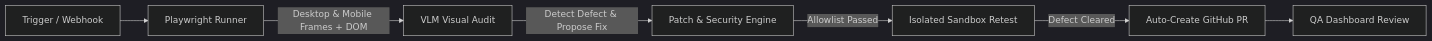
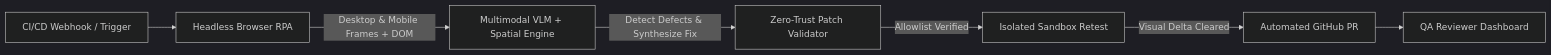
One commit to Kailash-18/OmniSight changed the diagram in README.md. Above: the diagram before and after it, drawn with Mermaid (dark theme). The commit also changed other lines of this file and 15 other files, not shown here.

Commit message:
docs: streamline project documentation for professional solo architecture

````diff
--- a/README.md
+++ b/README.md
@@ -31,9 +29,9 @@
 ```mermaid
 flowchart LR
-    A[Trigger / Webhook] --> B[Playwright Runner]
-    B -->|Desktop & Mobile Frames + DOM| C[VLM Visual Audit]
-    C -->|Detect Defect & Propose Fix| D[Patch & Security Engine]
-    D -->|Allowlist Passed| E[Isolated Sandbox Retest]
-    E -->|Defect Cleared| F[Auto-Create GitHub PR]
-    F --> G[QA Dashboard Review]
+    A[CI/CD Webhook / Trigger] --> B[Headless Browser RPA]
+    B -->|Desktop & Mobile Frames + DOM| C[Multimodal VLM + Spatial Engine]
+    C -->|Detect Defects & Synthesize Fix| D[Zero-Trust Patch Validator]
+    D -->|Allowlist Verified| E[Isolated Sandbox Retest]
+    E -->|Visual Delta Cleared| F[Automated GitHub PR]
+    F --> G[QA Reviewer Dashboard]
 ```
````
